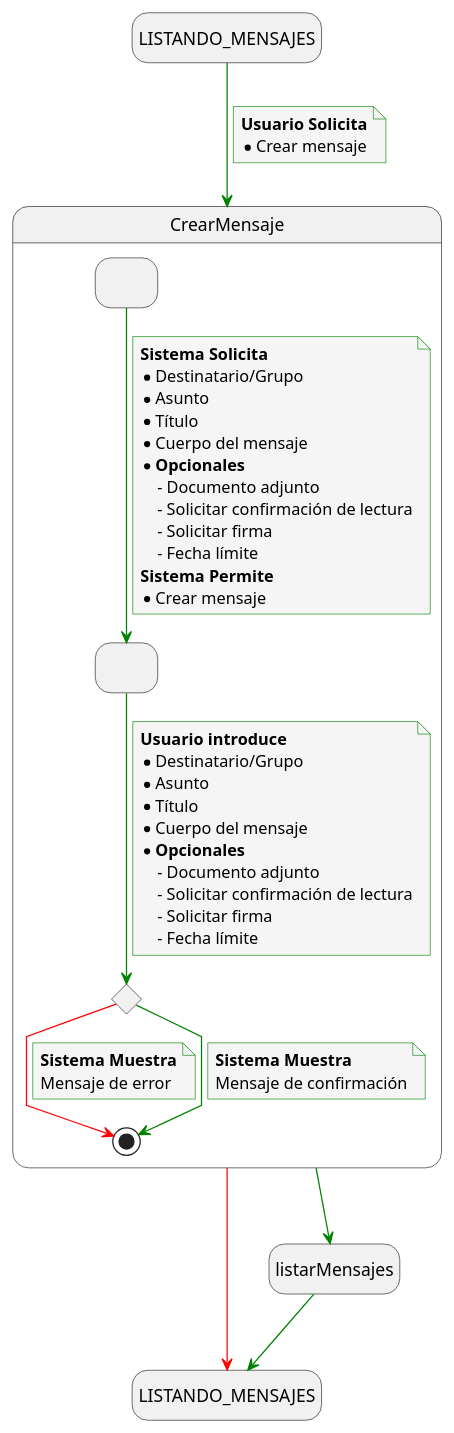
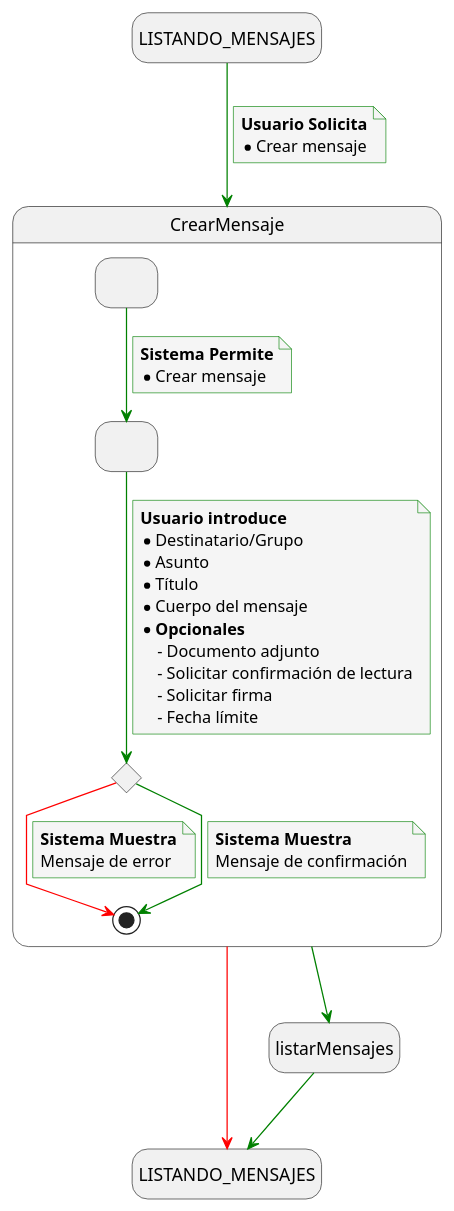
Before and after one commit to mmasias/24-25-IdSw1-SDR: the diagram in docs/casosDeUso/detalladoCasosDeUso/detalladoEnvioMensajes/detalladoCreacionMensaje.puml, drawn with PlantUML. The commit also changed 5 other files, not shown here.

```diff
--- a/docs/casosDeUso/detalladoCasosDeUso/detalladoEnvioMensajes/detalladoCreacionMensaje.puml
+++ b/docs/casosDeUso/detalladoCasosDeUso/detalladoEnvioMensajes/detalladoCreacionMensaje.puml
@@ -1,73 +1,63 @@
 @startuml crear_mensaje
 
 skinparam {
   NoteBackgroundColor #whiteSmoke
   ArrowColor #green
   NoteBorderColor #green
   linetype polyline
 }
 
 hide empty description
 
 state startState as "LISTANDO_MENSAJES"
 state endState as "LISTANDO_MENSAJES"
 
 startState --> CrearMensaje
 note on link
     <b>Usuario Solicita</b>
     * Crear mensaje
 end note
 
 CrearMensaje --> listarMensajes
 listarMensajes--> endState
 CrearMensaje -[#red]-> endState
 
 state CrearMensaje{
     state solicitudFiltros as " "
     state envioFiltros as " "
     state revisionFiltrosEnviados <<choice>>
 
     solicitudFiltros --> envioFiltros
     note on link
-        <b>Sistema Solicita</b>
-        * Destinatario/Grupo
-        * Asunto
-        * Título
-        * Cuerpo del mensaje
-        * <b>Opcionales</b>
-            - Documento adjunto
-            - Solicitar confirmación de lectura
-            - Solicitar firma
-            - Fecha límite
         <b>Sistema Permite</b>
         * Crear mensaje
     end note
 
     envioFiltros --> revisionFiltrosEnviados
     note on link
         <b>Usuario introduce</b>
         * Destinatario/Grupo
         * Asunto
         * Título
         * Cuerpo del mensaje
         * <b>Opcionales</b>
             - Documento adjunto
             - Solicitar confirmación de lectura
             - Solicitar firma
             - Fecha límite
     end note
 
     revisionFiltrosEnviados -[#red]-> [*]
     note on link
         <b>Sistema Muestra</b>
         Mensaje de error
     end note
 
     revisionFiltrosEnviados --> [*]
     note on link
         <b>Sistema Muestra</b>
         Mensaje de confirmación
     end note
 }
 
 @enduml
```
